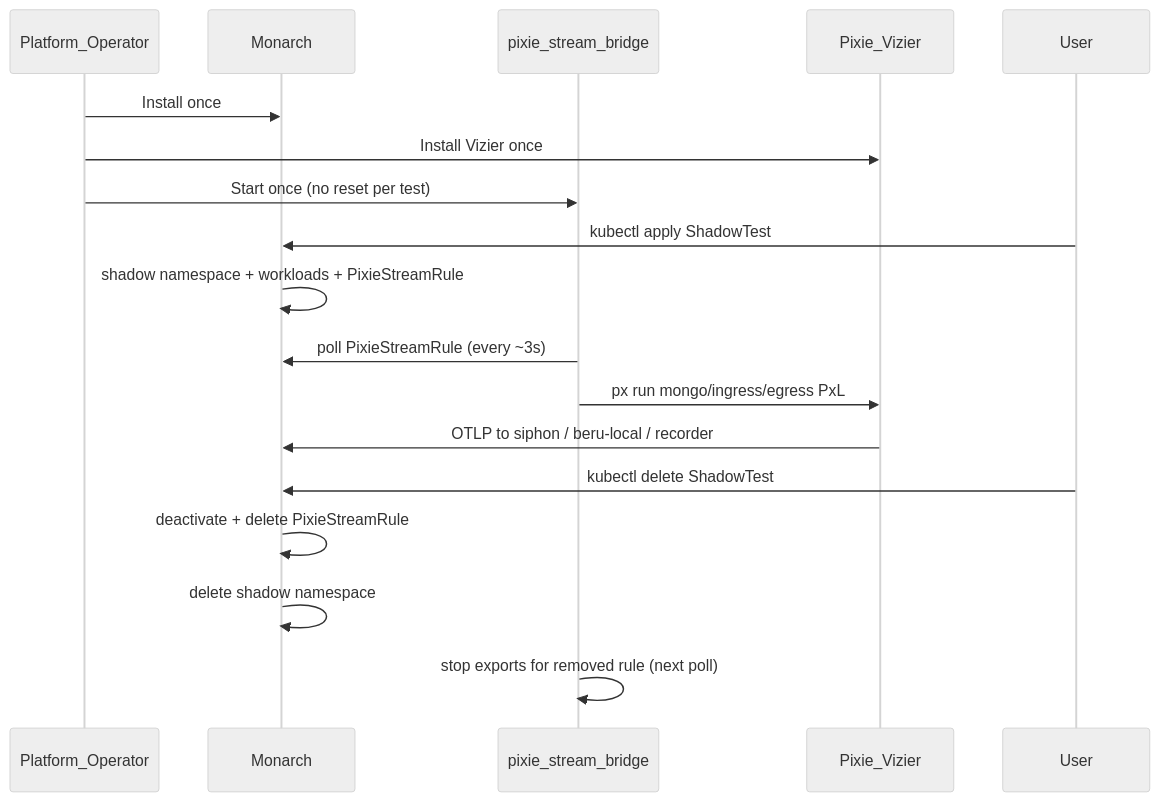
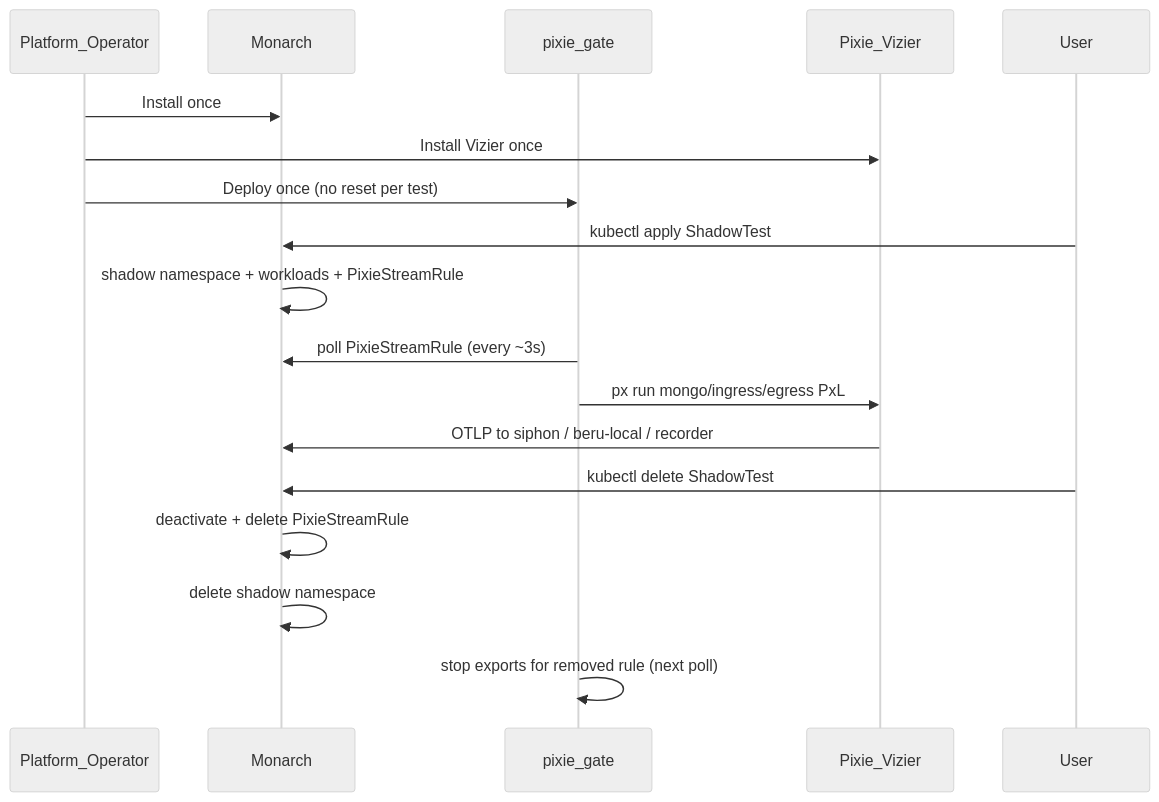
One commit to nederrgo/shadow-diff changed the diagram in docs/control-plane/platform-bootstrap-and-shadowtest-lifecycle.md. Above: the diagram before and after it, drawn with Mermaid (neutral theme). The commit also changed other lines of this file and 83 other files, not shown here.

Commit message:
pixie-gate

````diff
--- a/docs/control-plane/platform-bootstrap-and-shadowtest-lifecycle.md
+++ b/docs/control-plane/platform-bootstrap-and-shadowtest-lifecycle.md
@@ -26,23 +26,23 @@
 ```mermaid
 sequenceDiagram
   participant Ops as Platform_Operator
   participant Monarch
-  participant Bridge as pixie_stream_bridge
+  participant Gate as pixie_gate
   participant Pixie as Pixie_Vizier
   participant User
 
   Ops->>Monarch: Install once
   Ops->>Pixie: Install Vizier once
-  Ops->>Bridge: Start once (no reset per test)
+  Ops->>Gate: Deploy once (no reset per test)
 
   User->>Monarch: kubectl apply ShadowTest
   Monarch->>Monarch: shadow namespace + workloads + PixieStreamRule
-  Bridge->>Monarch: poll PixieStreamRule (every ~3s)
-  Bridge->>Pixie: px run mongo/ingress/egress PxL
+  Gate->>Monarch: poll PixieStreamRule (every ~3s)
+  Gate->>Pixie: px run mongo/ingress/egress PxL
   Pixie->>Monarch: OTLP to siphon / beru-local / recorder
 
   User->>Monarch: kubectl delete ShadowTest
   Monarch->>Monarch: deactivate + delete PixieStreamRule
   Monarch->>Monarch: delete shadow namespace
-  Bridge->>Bridge: stop exports for removed rule (next poll)
+  Gate->>Gate: stop exports for removed rule (next poll)
 ```
````
